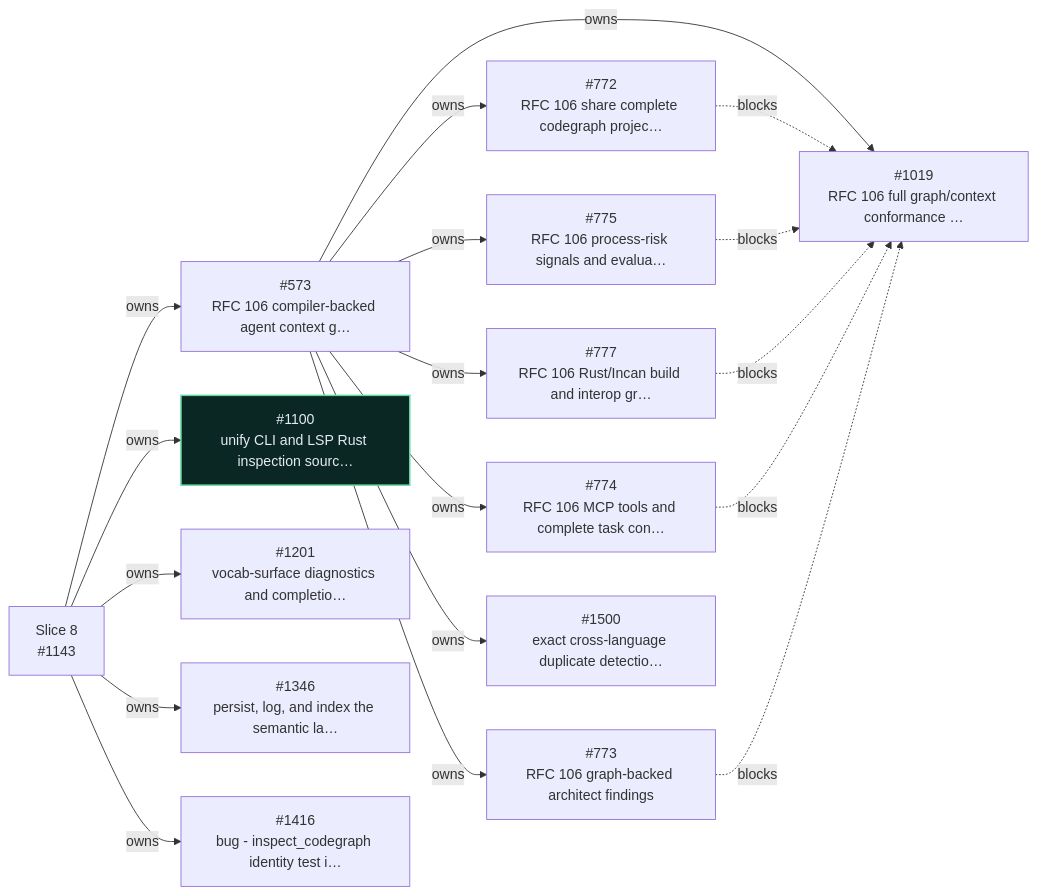
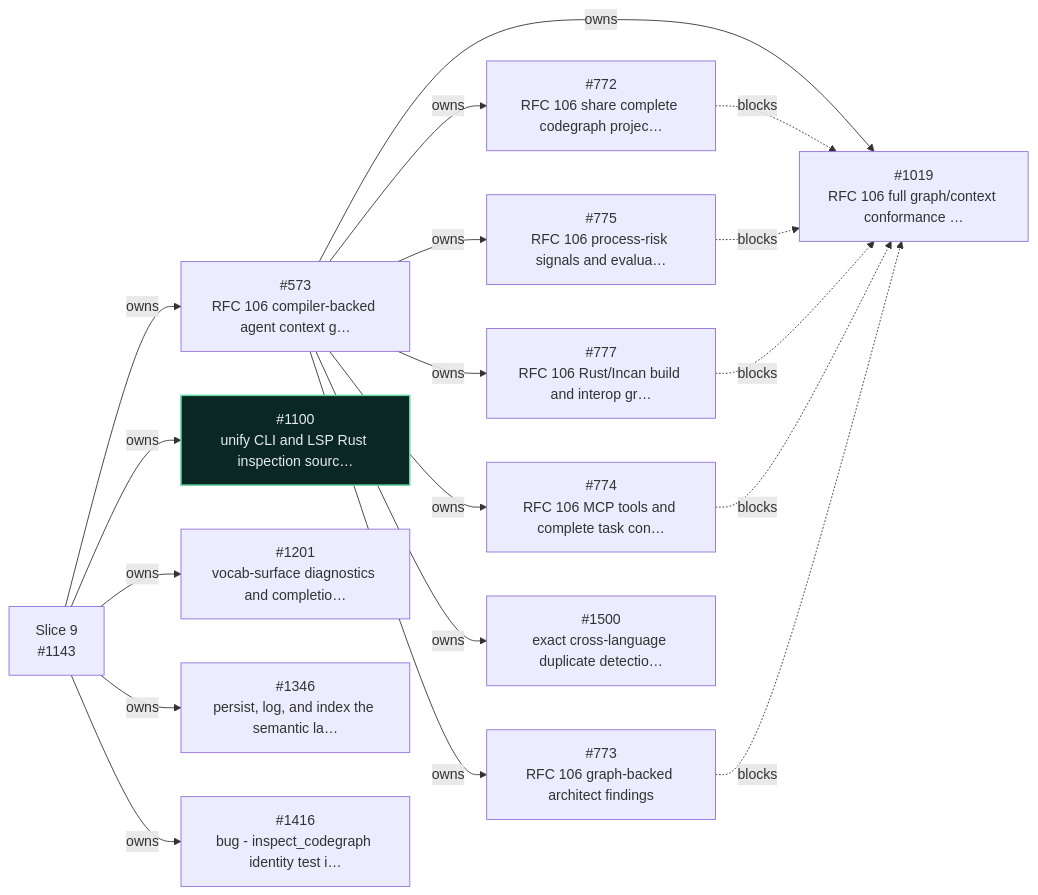
The ninth of 12 diagrams in workspaces/docs-site/docs/_snippets/project/v0_6_roadmap.md (encero-systems/incan), drawn with Mermaid before and after one commit. The commit also changed other lines of this file and 2 other files, not shown here.

Commit message:
docs - 1675 the v0.6 roadmap shows Slice 7 and the re-sequenced slices

````diff
--- a/workspaces/docs-site/docs/_snippets/project/v0_6_roadmap.md
+++ b/workspaces/docs-site/docs/_snippets/project/v0_6_roadmap.md
@@ -806,48 +903,48 @@
 ```mermaid
 flowchart LR
   i573["#573<br/>RFC 106 compiler-backed agent context g…"]
   i772["#772<br/>RFC 106 share complete codegraph projec…"]
   i773["#773<br/>RFC 106 graph-backed architect findings"]
   i774["#774<br/>RFC 106 MCP tools and complete task con…"]
   i775["#775<br/>RFC 106 process-risk signals and evalua…"]
   i777["#777<br/>RFC 106 Rust/Incan build and interop gr…"]
   i1019["#1019<br/>RFC 106 full graph/context conformance …"]
   i1100["#1100<br/>unify CLI and LSP Rust inspection sourc…"]
-  s1143["Slice 8<br/>#1143"]
+  s1143["Slice 9<br/>#1143"]
   i1201["#1201<br/>vocab-surface diagnostics and completio…"]
   i1346["#1346<br/>persist, log, and index the semantic la…"]
   i1416["#1416<br/>bug - inspect_codegraph identity test i…"]
   i1500["#1500<br/>exact cross-language duplicate detectio…"]
   s1143 -- owns --> i573
   i573 -- owns --> i772
   i573 -- owns --> i773
   i573 -- owns --> i774
   i573 -- owns --> i775
   i573 -- owns --> i777
   i573 -- owns --> i1019
   s1143 -- owns --> i1100
   s1143 -- owns --> i1201
   s1143 -- owns --> i1346
   s1143 -- owns --> i1416
   i573 -- owns --> i1500
   i772 -. blocks .-> i1019
   i775 -. blocks .-> i1019
   i777 -. blocks .-> i1019
   i774 -. blocks .-> i1019
   i773 -. blocks .-> i1019
   classDef incv06complete fill:#0b2724,stroke:#66d9a3,color:#e4ebf2,stroke-width:1.7px
   class i1100 incv06complete
   click i573 href "https://github.com/encero-systems/incan/issues/573" "Open #573 on GitHub"
   click i772 href "https://github.com/encero-systems/incan/issues/772" "Open #772 on GitHub"
   click i773 href "https://github.com/encero-systems/incan/issues/773" "Open #773 on GitHub"
   click i774 href "https://github.com/encero-systems/incan/issues/774" "Open #774 on GitHub"
   click i775 href "https://github.com/encero-systems/incan/issues/775" "Open #775 on GitHub"
   click i777 href "https://github.com/encero-systems/incan/issues/777" "Open #777 on GitHub"
   click i1019 href "https://github.com/encero-systems/incan/issues/1019" "Open #1019 on GitHub"
   click i1100 href "https://github.com/encero-systems/incan/issues/1100" "Open #1100 on GitHub"
   click s1143 href "https://github.com/encero-systems/incan/issues/1143" "Open #1143 on GitHub"
   click i1201 href "https://github.com/encero-systems/incan/issues/1201" "Open #1201 on GitHub"
   click i1346 href "https://github.com/encero-systems/incan/issues/1346" "Open #1346 on GitHub"
   click i1416 href "https://github.com/encero-systems/incan/issues/1416" "Open #1416 on GitHub"
   click i1500 href "https://github.com/encero-systems/incan/issues/1500" "Open #1500 on GitHub"
 ```
````
